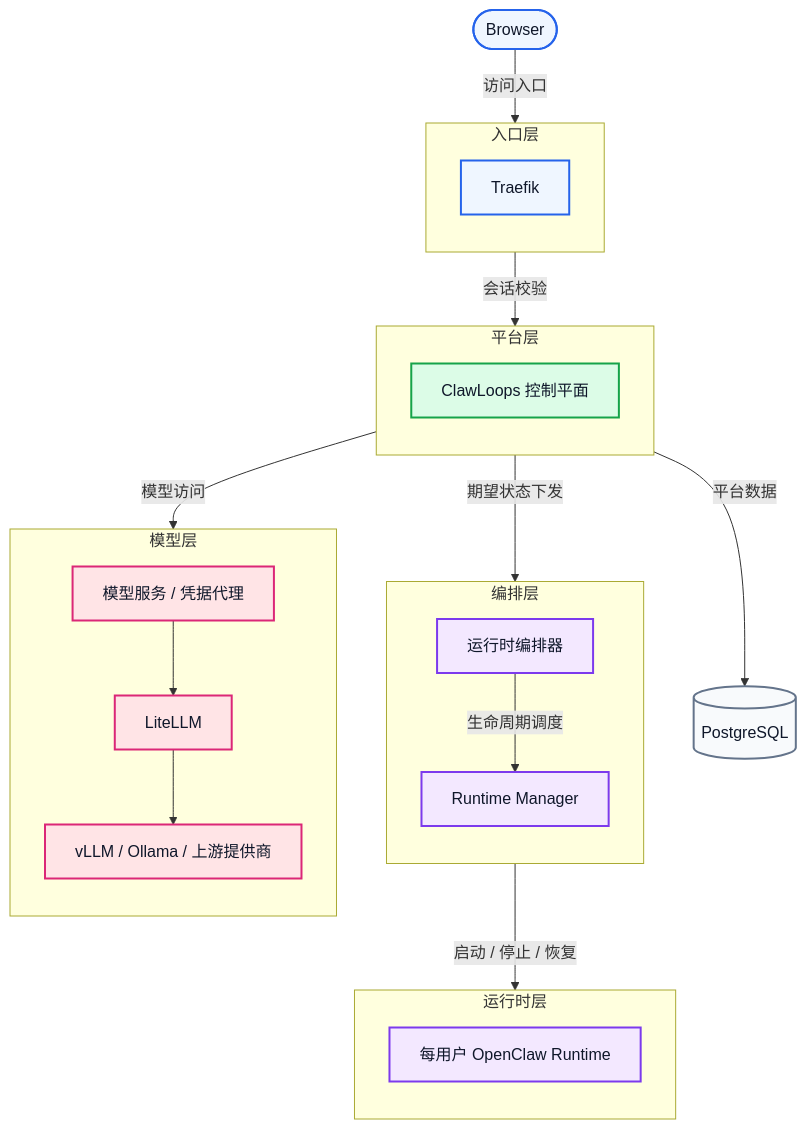
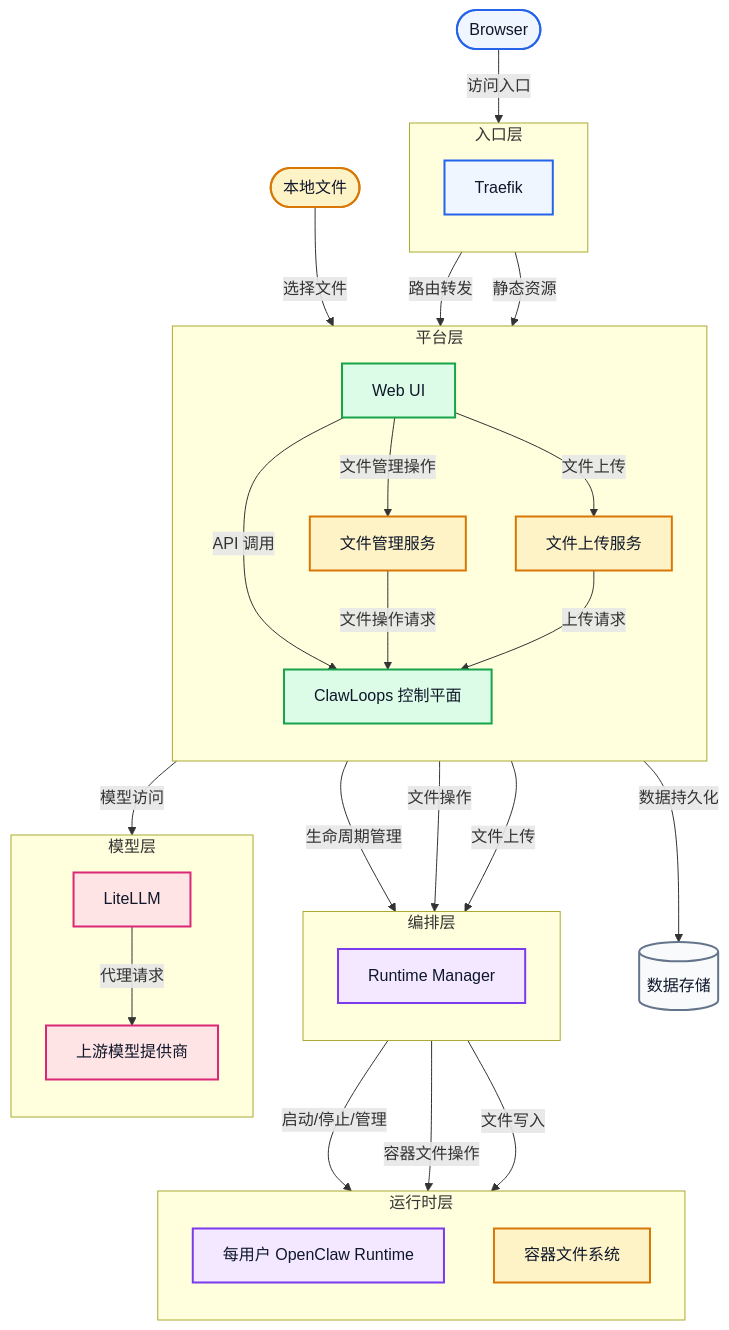
One commit to machinesociety/CrewClaw changed the diagram in README/README_zh-CN.md. Above: the diagram before and after it, drawn with Mermaid. The commit also changed other lines of this file, not shown here.

Commit message:
docs:修改了本分支的说明

````diff
--- a/README/README_zh-CN.md
+++ b/README/README_zh-CN.md
@@ -28,51 +28,65 @@
 ```mermaid
 flowchart TB
     A([Browser])
+    M([本地文件])
 
     subgraph L1[入口层]
         direction TB
         B[Traefik]
     end
 
     subgraph L2[平台层]
         direction TB
         D[ClawLoops 控制平面]
+        E[Web UI]
+        K[文件管理服务]
+        N[文件上传服务]
     end
 
     subgraph L3[编排层]
         direction TB
-        E[运行时编排器]
         F[Runtime Manager]
     end
 
     subgraph L4[运行时层]
         direction TB
         G[每用户 OpenClaw Runtime]
+        L[容器文件系统]
     end
 
     subgraph L5[模型层]
         direction TB
-        H[模型服务 / 凭据代理]
-        I[LiteLLM]
-        J[vLLM / Ollama / 上游提供商]
+        H[LiteLLM]
+        I[上游模型提供商]
     end
 
-    K[(PostgreSQL)]
+    J[(数据存储)]
 
-    A -->|访问入口| B -->|会话校验| D
-    D -->|期望状态下发| E -->|生命周期调度| F -->|启动 / 停止 / 恢复| G
-    D -->|模型访问| H --> I --> J
-    D -->|平台数据| K
+    A -->|访问入口| B -->|路由转发| D
+    B -->|静态资源| E
+    E -->|API 调用| D
+    E -->|文件管理操作| K
+    E -->|文件上传| N
+    M -->|选择文件| E
+    K -->|文件操作请求| D
+    N -->|上传请求| D
+    D -->|生命周期管理| F -->|启动/停止/管理| G
+    D -->|文件操作| F -->|容器文件操作| L
+    D -->|文件上传| F -->|文件写入| L
+    D -->|模型访问| H -->|代理请求| I
+    D -->|数据持久化| J
 
     classDef edge fill:#eff6ff,stroke:#2563eb,stroke-width:2px,color:#0f172a;
     classDef plane fill:#dcfce7,stroke:#16a34a,stroke-width:2px,color:#0f172a;
     classDef runtime fill:#f3e8ff,stroke:#7c3aed,stroke-width:2px,color:#0f172a;
     classDef model fill:#ffe4e6,stroke:#db2777,stroke-width:2px,color:#0f172a;
     classDef data fill:#f8fafc,stroke:#64748b,stroke-width:2px,color:#0f172a;
+    classDef file fill:#fef3c7,stroke:#d97706,stroke-width:2px,color:#0f172a;
 
     class A,B edge;
-    class D plane;
-    class E,F,G runtime;
-    class H,I,J model;
-    class K data;
+    class D,E,K,N plane;
+    class F,G,L runtime;
+    class H,I model;
+    class J data;
+    class K,L,M,N file;
 ```
````
